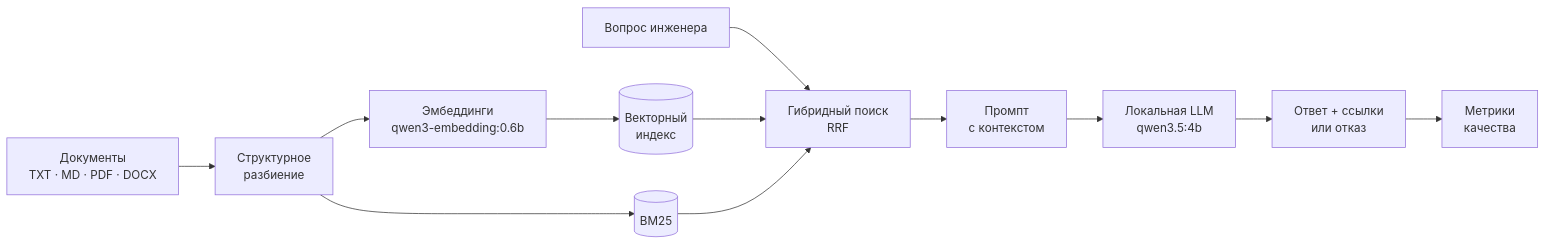
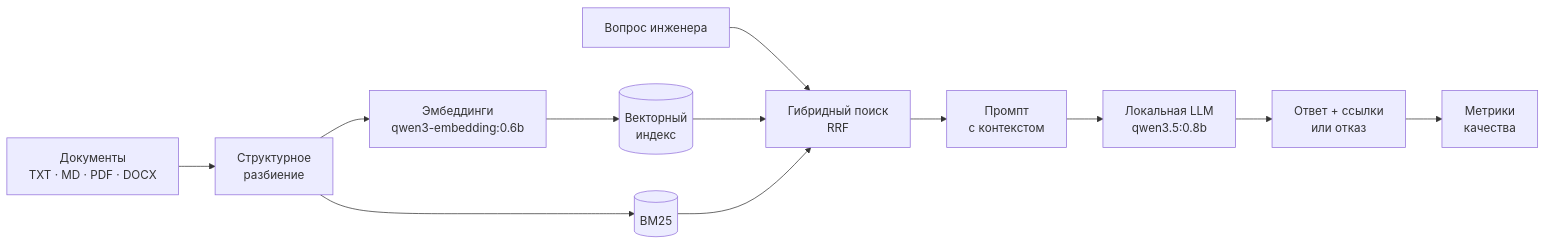
The diagram in README.md (Voldemurik/URFU-PROTALANT), drawn with Mermaid before and after one commit. The commit also changed other lines of this file and 5 other files, not shown here.

````diff
--- a/README.md
+++ b/README.md
@@ -55,14 +55,14 @@
 ```mermaid
 flowchart LR
     D[Документы<br/>TXT · MD · PDF · DOCX] --> C[Структурное<br/>разбиение]
     C --> E[Эмбеддинги<br/>qwen3-embedding:0.6b]
     E --> V[(Векторный<br/>индекс)]
     C --> B[(BM25)]
     Q[Вопрос инженера] --> R[Гибридный поиск<br/>RRF]
     V --> R
     B --> R
     R --> P[Промпт<br/>с контекстом]
-    P --> M[Локальная LLM<br/>qwen3.5:4b]
+    P --> M[Локальная LLM<br/>qwen3.5:0.8b]
     M --> A[Ответ + ссылки<br/>или отказ]
     A --> X[Метрики<br/>качества]
 ```
````
